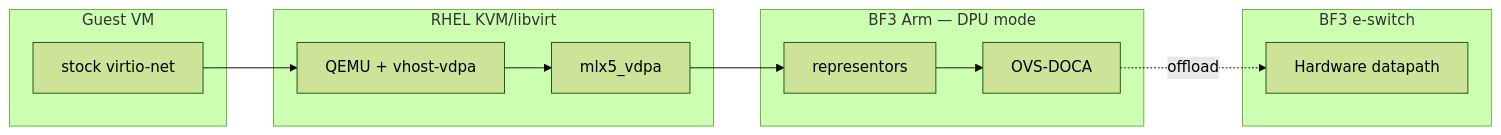
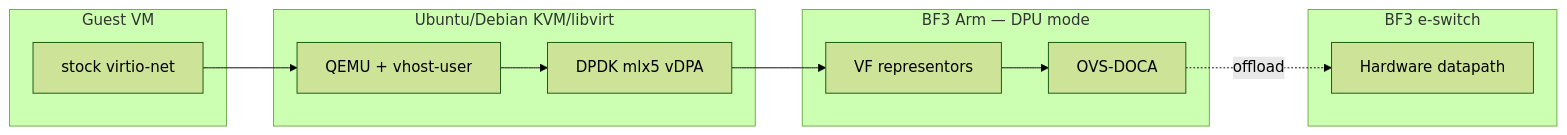
Before and after one commit to opiproject/bp-003-ovs-working: the diagram in docs/architecture/architecture-1a.md, drawn with Mermaid (forest theme). The commit also changed other lines of this file and 28 other files, not shown here.

First line of the commit message:
Freeze 1a on Ubuntu/Debian with DPDK HW vDPA attach

````diff
--- a/docs/architecture/architecture-1a.md
+++ b/docs/architecture/architecture-1a.md
@@ -5,19 +5,19 @@
 ```mermaid
 flowchart LR
   subgraph Guest["Guest VM"]
     VN[stock virtio-net]
   end
-  subgraph Host["RHEL KVM/libvirt"]
-    QEMU[QEMU + vhost-vdpa]
-    VDPA[mlx5_vdpa]
+  subgraph Host["Ubuntu/Debian KVM/libvirt"]
+    QEMU[QEMU + vhost-user]
+    VDPA[DPDK mlx5 vDPA]
   end
   subgraph DPU["BF3 Arm — DPU mode"]
     OVS[OVS-DOCA]
-    REP[representors]
+    REP[VF representors]
   end
   subgraph HW["BF3 e-switch"]
     ES[Hardware datapath]
   end
   VN --> QEMU --> VDPA --> REP --> OVS
   OVS -.->|offload| ES
 ```
````
